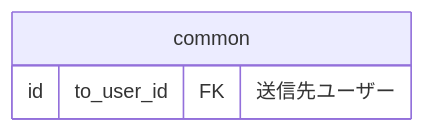
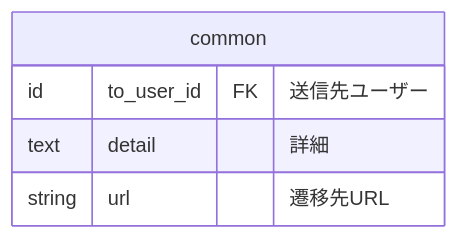
Before and after one commit to bright-org/bright: the second of 5 diagrams in docs/conceptual_schemas/notifications.md, drawn with Mermaid. The commit also changed other lines of this file and 15 other files, not shown here.

````diff
--- a/docs/conceptual_schemas/notifications.md
+++ b/docs/conceptual_schemas/notifications.md
@@ -66,6 +68,8 @@
 ```mermaid
 erDiagram
   common {
     id to_user_id	FK "送信先ユーザー"
+    text detail	"詳細"
+    string url "遷移先URL"
   }
 ```
````
